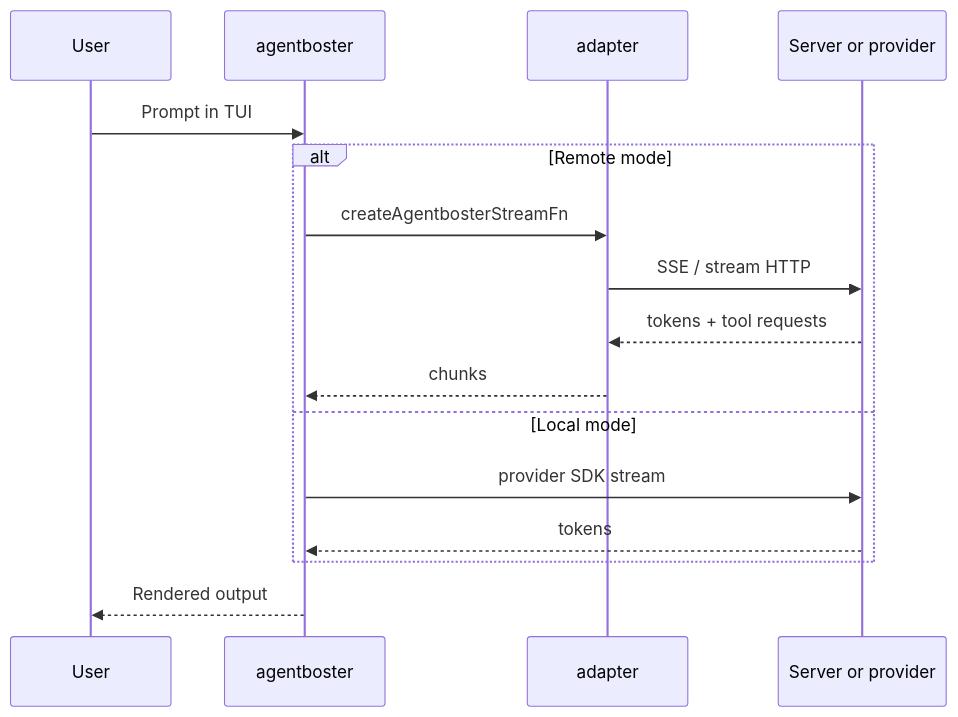
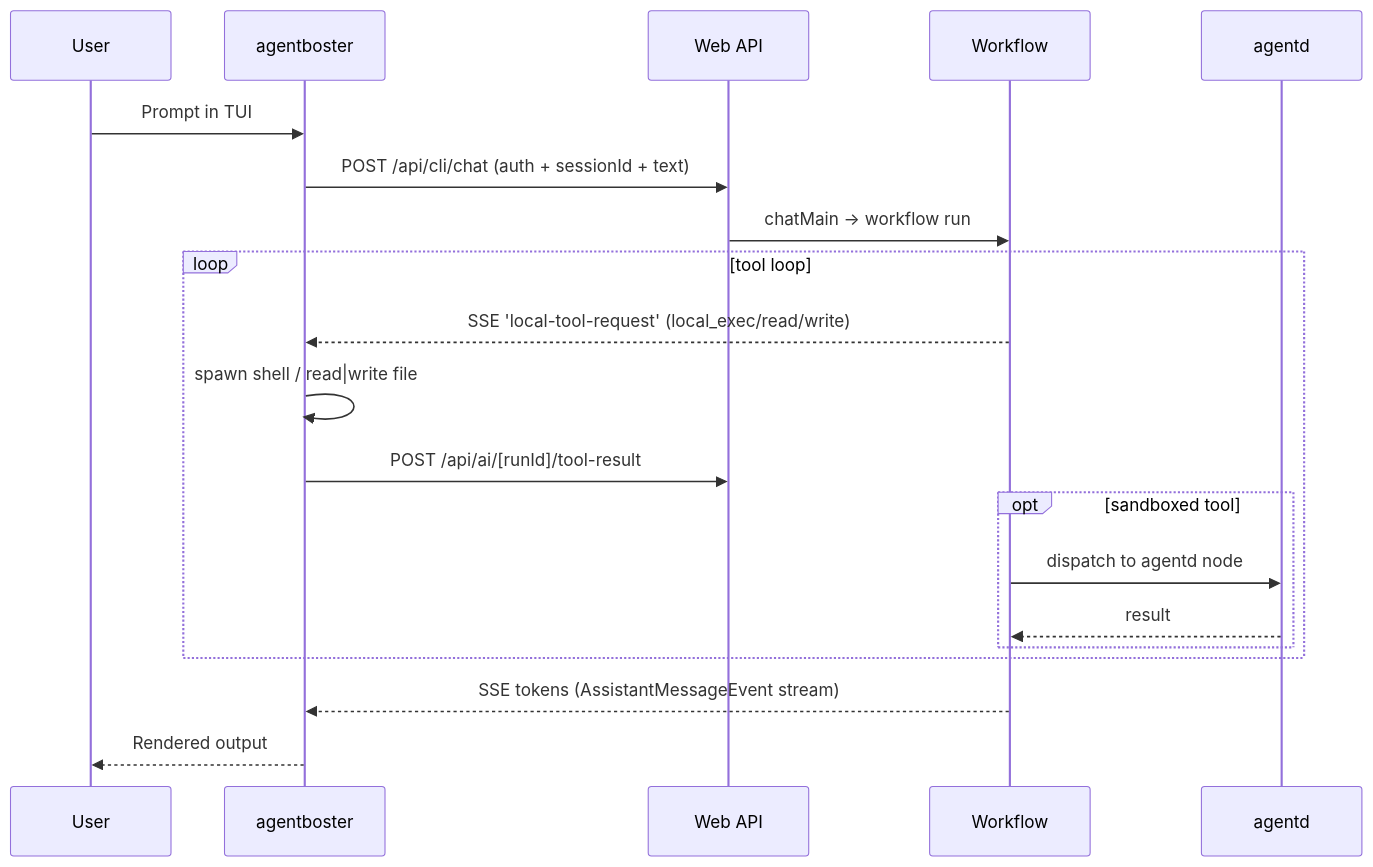
One commit to NekoSekaiMoe/agentboster changed the third of 3 diagrams in cli/README.md. Above: the diagram before and after it, drawn with Mermaid. The commit also changed other lines of this file and 4 other files, not shown here.

````diff
--- a/cli/README.md
+++ b/cli/README.md
@@ -75,19 +70,23 @@
 ```mermaid
 sequenceDiagram
   participant U as User
   participant CLI as agentboster
-  participant AD as adapter
-  participant S as Server or provider
+  participant API as Web API
+  participant WF as Workflow
+  participant D as agentd
 
   U->>CLI: Prompt in TUI
-  alt Remote mode
-    CLI->>AD: createAgentbosterStreamFn
-    AD->>S: SSE / stream HTTP
-    S-->>AD: tokens + tool requests
-    AD-->>CLI: chunks
-  else Local mode
-    CLI->>S: provider SDK stream
-    S-->>CLI: tokens
+  CLI->>API: POST /api/cli/chat (auth + sessionId + text)
+  API->>WF: chatMain → workflow run
+  loop tool loop
+    WF-->>CLI: SSE 'local-tool-request' (local_exec/read/write)
+    CLI->>CLI: spawn shell / read|write file
+    CLI->>API: POST /api/ai/[runId]/tool-result
+    opt sandboxed tool
+      WF->>D: dispatch to agentd node
+      D-->>WF: result
+    end
   end
+  WF-->>CLI: SSE tokens (AssistantMessageEvent stream)
   CLI-->>U: Rendered output
 ```
````
